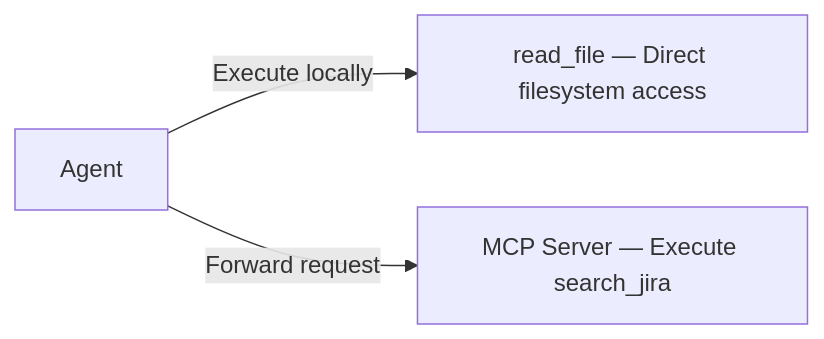
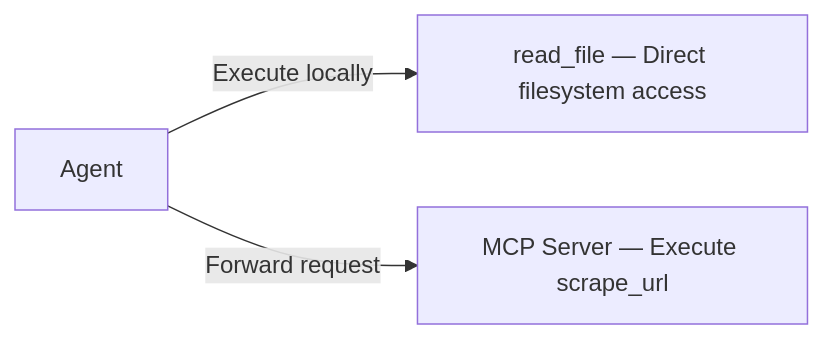
The second of 2 diagrams in docs/en/guide/mcp.md (cuipengfei/adopt-agentic), drawn with Mermaid before and after one commit. The commit also changed other lines of this file and 11 other files, not shown here.

````diff
--- a/docs/en/guide/mcp.md
+++ b/docs/en/guide/mcp.md
@@ -87,5 +111,5 @@
 ```mermaid
 flowchart LR
   A[Agent] -->|Execute locally| B["read_file — Direct filesystem access"]
-  A -->|Forward request| C["MCP Server — Execute search_jira"]
+  A -->|Forward request| C["MCP Server — Execute scrape_url"]
 ```
````
